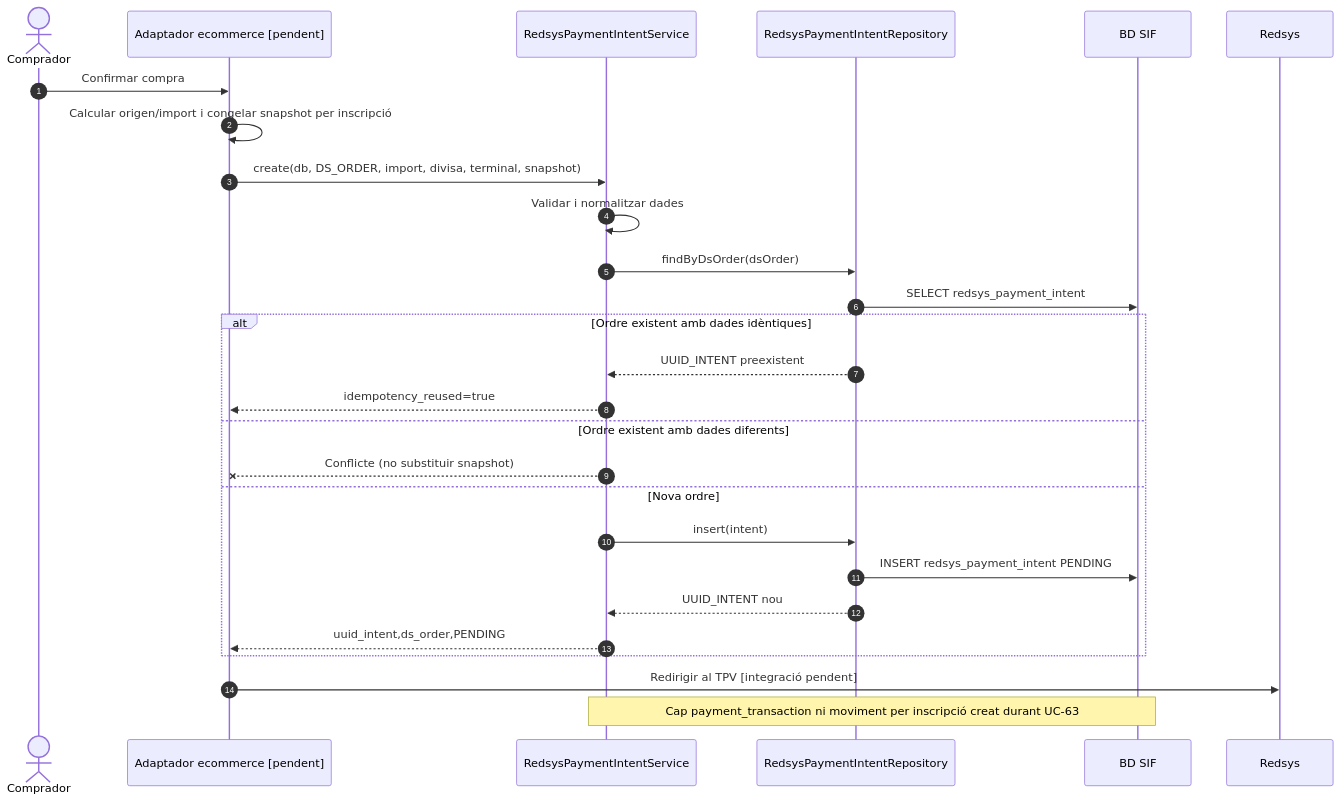
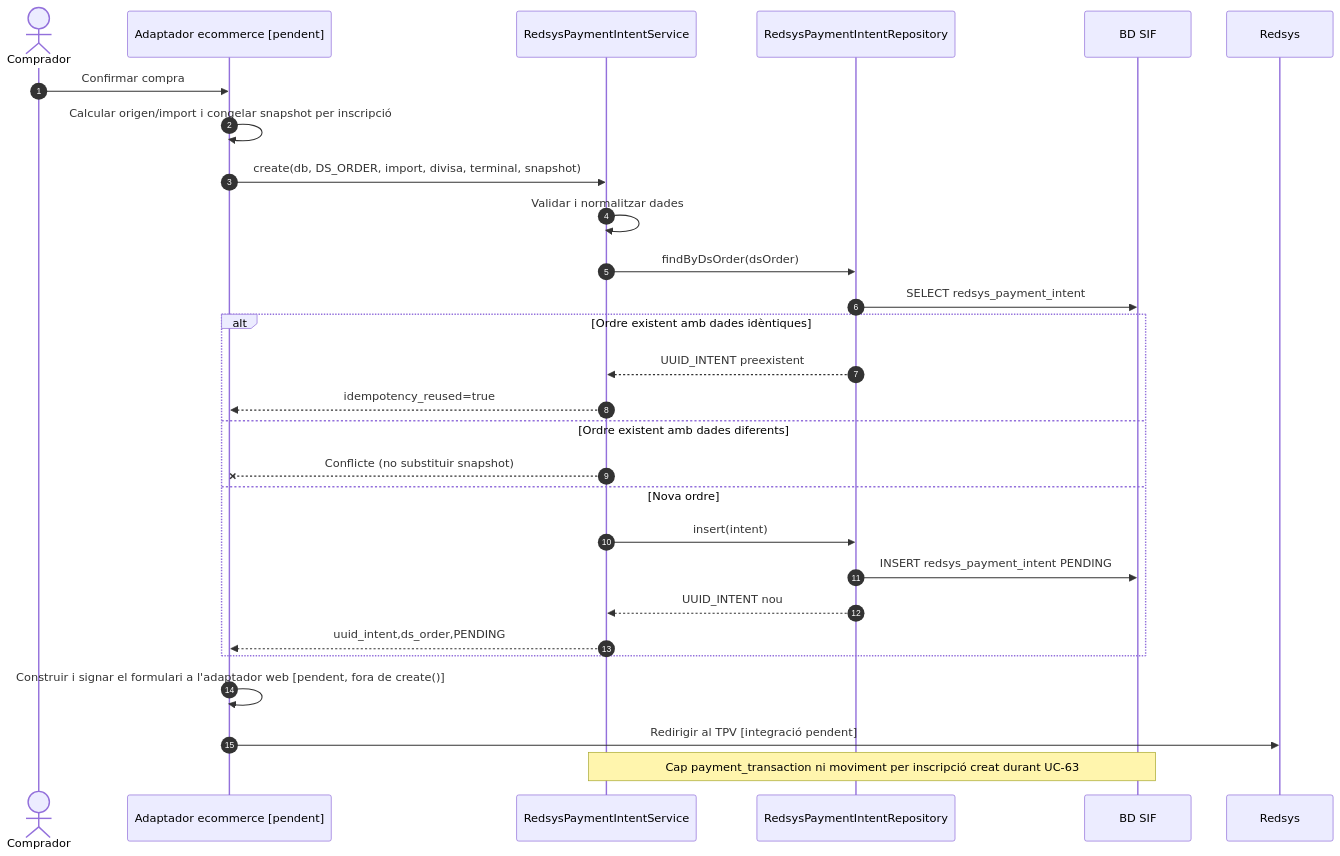
One commit to orgmeriemprismacat-del/verifactu changed the third of 3 diagrams in documentacio/07-uml-integrat/uc-063-crear-intencio-redsys.md. Above: the diagram before and after it, drawn with Mermaid. The commit also changed other lines of this file, not shown here.

Commit message:
docs(uml): UC-63 integra contrast v2 de signatura i hash d'intenció amb frontera PHP real

````diff
--- a/documentacio/07-uml-integrat/uc-063-crear-intencio-redsys.md
+++ b/documentacio/07-uml-integrat/uc-063-crear-intencio-redsys.md
@@ -119,29 +152,30 @@
 ```mermaid
 sequenceDiagram
 autonumber
 actor B as Comprador
 participant Web as Adaptador ecommerce [pendent]
 participant S as RedsysPaymentIntentService
 participant R as RedsysPaymentIntentRepository
 participant DB as BD SIF
 participant Bank as Redsys
 B->>Web: Confirmar compra
 Web->>Web: Calcular origen/import i congelar snapshot per inscripció
 Web->>S: create(db, DS_ORDER, import, divisa, terminal, snapshot)
 S->>S: Validar i normalitzar dades
 S->>R: findByDsOrder(dsOrder)
 R->>DB: SELECT redsys_payment_intent
 alt Ordre existent amb dades idèntiques
  R-->>S: UUID_INTENT preexistent
  S-->>Web: idempotency_reused=true
 else Ordre existent amb dades diferents
  S--xWeb: Conflicte (no substituir snapshot)
 else Nova ordre
  S->>R: insert(intent)
  R->>DB: INSERT redsys_payment_intent PENDING
  R-->>S: UUID_INTENT nou
  S-->>Web: uuid_intent,ds_order,PENDING
 end
+Web->>Web: Construir i signar el formulari a l'adaptador web [pendent, fora de create()]
 Web->>Bank: Redirigir al TPV [integració pendent]
 Note over S,DB: Cap payment_transaction ni moviment per inscripció creat durant UC-63
 ```
````
